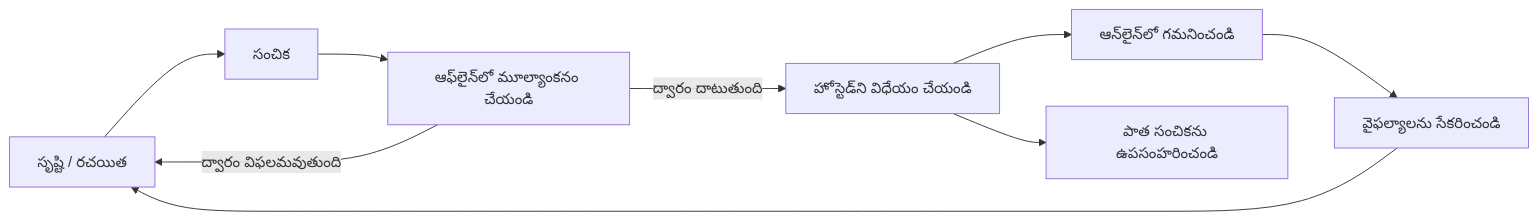
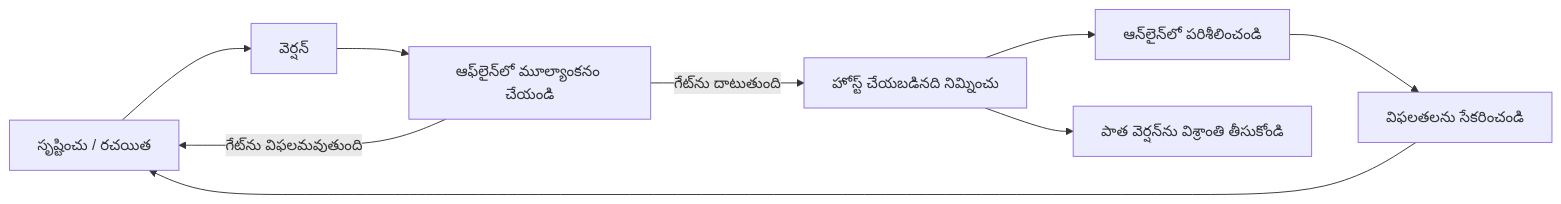
The second of 4 diagrams in translations/te/16-deploying-scalable-agents/README.md (microsoft/ai-agents-for-beginners), drawn with Mermaid before and after one commit. The commit also changed other lines of this file and 43 other files, not shown here.

````diff
--- a/translations/te/16-deploying-scalable-agents/README.md
+++ b/translations/te/16-deploying-scalable-agents/README.md
@@ -108,11 +108,11 @@
 ```mermaid
 flowchart LR
-    Create[సృష్టి / రచయిత] --> Version[సంచిక]
+    Create[సృష్టించు / రచయిత] --> Version[వెర్షన్]
     Version --> Evaluate[ఆఫ్‌లైన్‌లో మూల్యాంకనం చేయండి]
-    Evaluate -->|ద్వారం దాటుతుంది| Deploy[హోస్టెడ్‌ని విధేయం చేయండి]
-    Evaluate -->|ద్వారం విఫలమవుతుంది| Create
-    Deploy --> Observe[ఆన్‌లైన్‌లో గమనించండి]
-    Observe --> Improve[వైఫల్యాలను సేకరించండి]
+    Evaluate -->|గేట్‌ను దాటుతుంది| Deploy[హోస్ట్ చేయబడినది నిమ్నించు]
+    Evaluate -->|గేట్‌ను విఫలమవుతుంది| Create
+    Deploy --> Observe[ఆన్‌లైన్‌లో పరిశీలించండి]
+    Observe --> Improve[విఫలతలను సేకరించండి]
     Improve --> Create
-    Deploy --> Retire[పాత సంచికను ఉపసంహరించండి]
+    Deploy --> Retire[పాత వెర్షన్‌ను విశ్రాంతి తీసుకోండి]
 ```
````
